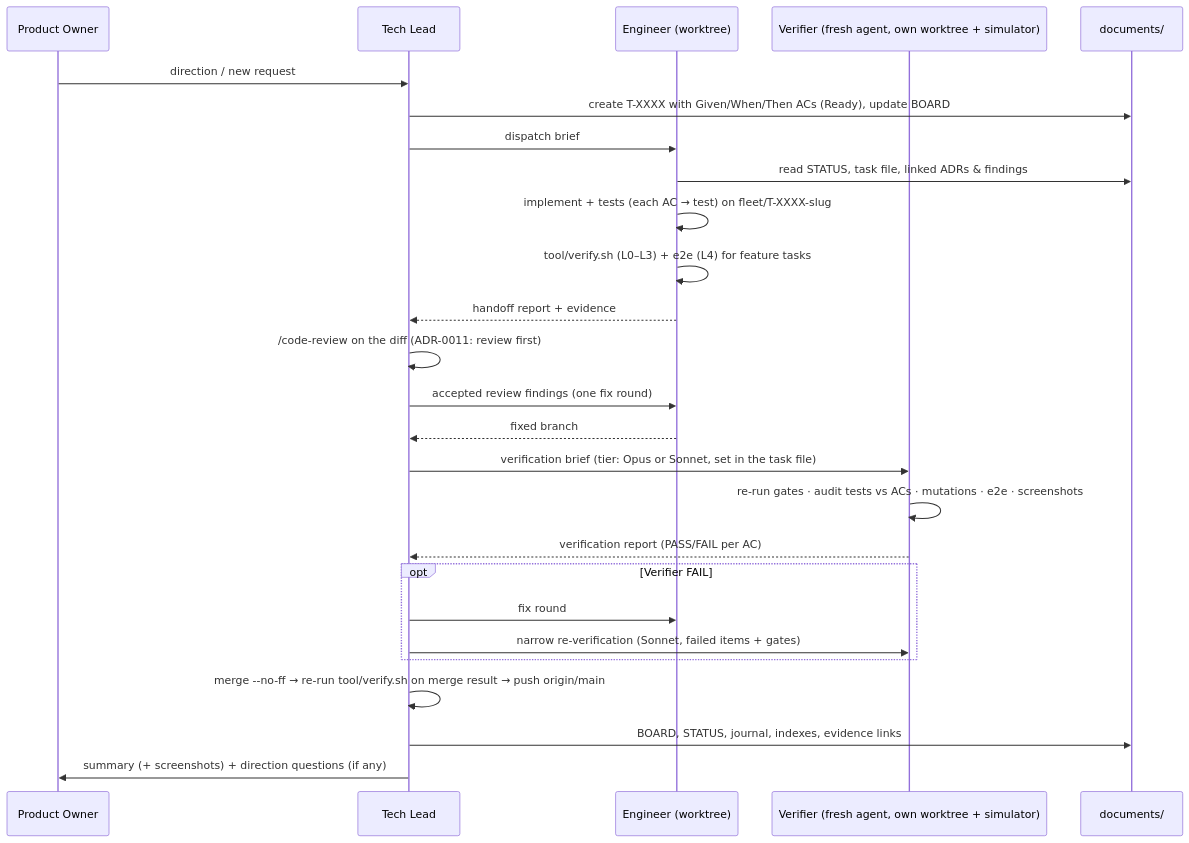
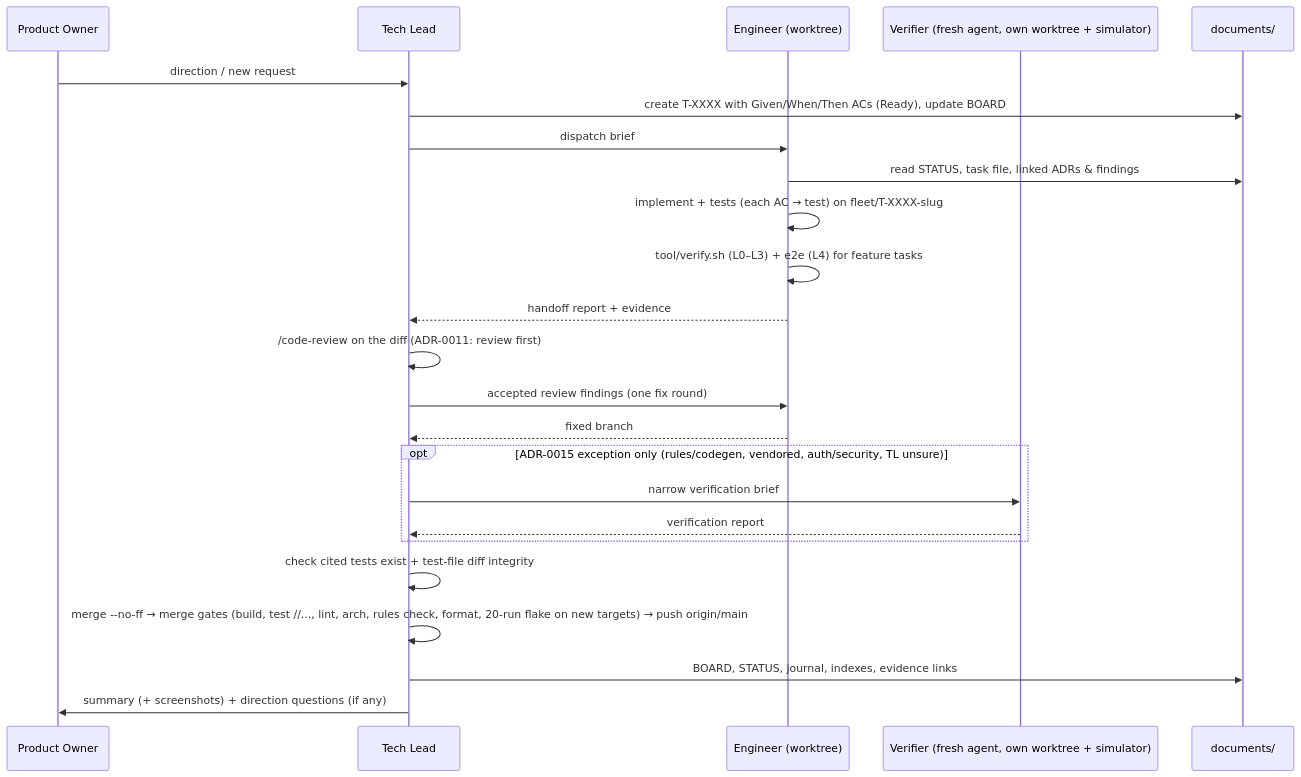
The second of 2 diagrams in documents/fleet/protocol.md (emiliev/mini-client-application), drawn with Mermaid before and after one commit. The commit also changed other lines of this file and 3 other files, not shown here.

Commit message:
ADR-0015: verification = compiles and tests pass (PO)

````diff
--- a/documents/fleet/protocol.md
+++ b/documents/fleet/protocol.md
@@ -23,28 +23,26 @@
 ```mermaid
 sequenceDiagram
     participant PO as Product Owner
     participant TL as Tech Lead
     participant E as Engineer (worktree)
     participant V as Verifier (fresh agent, own worktree + simulator)
     participant D as documents/
     PO->>TL: direction / new request
     TL->>D: create T-XXXX with Given/When/Then ACs (Ready), update BOARD
     TL->>E: dispatch brief
     E->>D: read STATUS, task file, linked ADRs & findings
     E->>E: implement + tests (each AC → test) on fleet/T-XXXX-slug
     E->>E: tool/verify.sh (L0–L3) + e2e (L4) for feature tasks
     E-->>TL: handoff report + evidence
     TL->>TL: /code-review on the diff (ADR-0011: review first)
     TL->>E: accepted review findings (one fix round)
     E-->>TL: fixed branch
-    TL->>V: verification brief (tier: Opus or Sonnet, set in the task file)
-    V->>V: re-run gates · audit tests vs ACs · mutations · e2e · screenshots
-    V-->>TL: verification report (PASS/FAIL per AC)
-    opt Verifier FAIL
-        TL->>E: fix round
-        TL->>V: narrow re-verification (Sonnet, failed items + gates)
+    opt ADR-0015 exception only (rules/codegen, vendored, auth/security, TL unsure)
+        TL->>V: narrow verification brief
+        V-->>TL: verification report
     end
-    TL->>TL: merge --no-ff → re-run tool/verify.sh on merge result → push origin/main
+    TL->>TL: check cited tests exist + test-file diff integrity
+    TL->>TL: merge --no-ff → merge gates (build, test //..., lint, arch, rules check, format, 20-run flake on new targets) → push origin/main
     TL->>D: BOARD, STATUS, journal, indexes, evidence links
     TL->>PO: summary (+ screenshots) + direction questions (if any)
 ```
````
